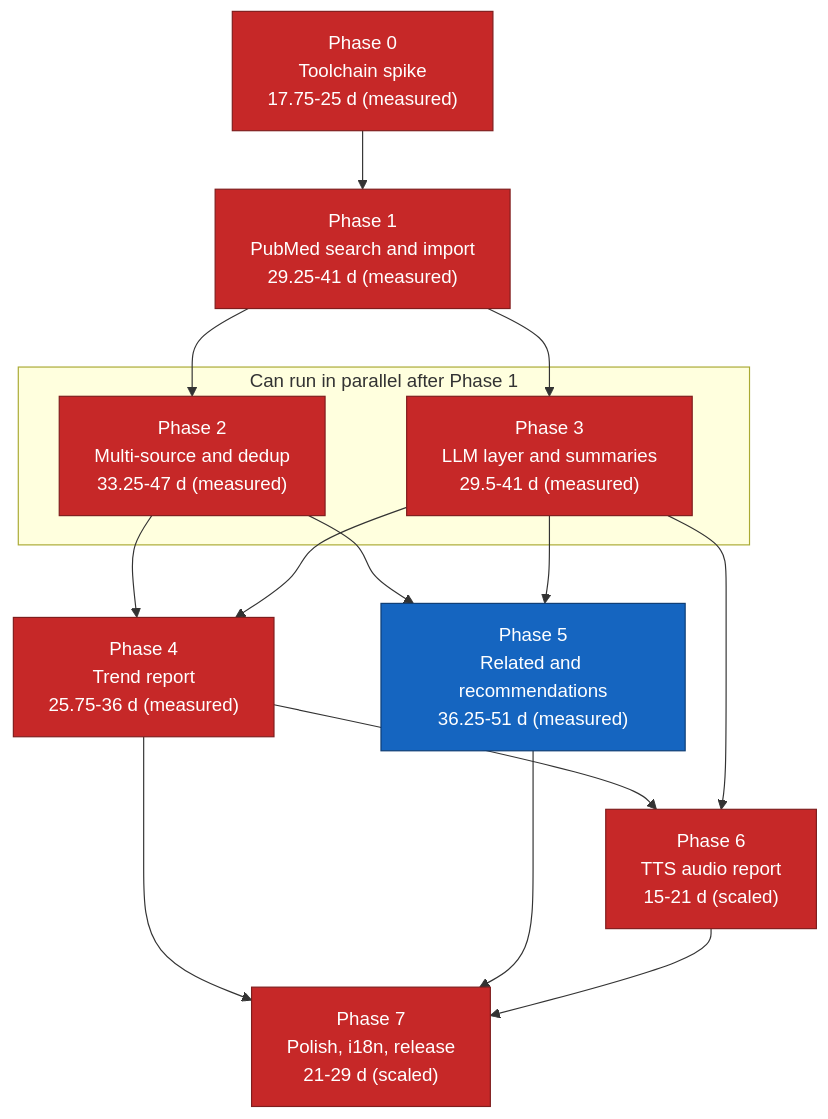
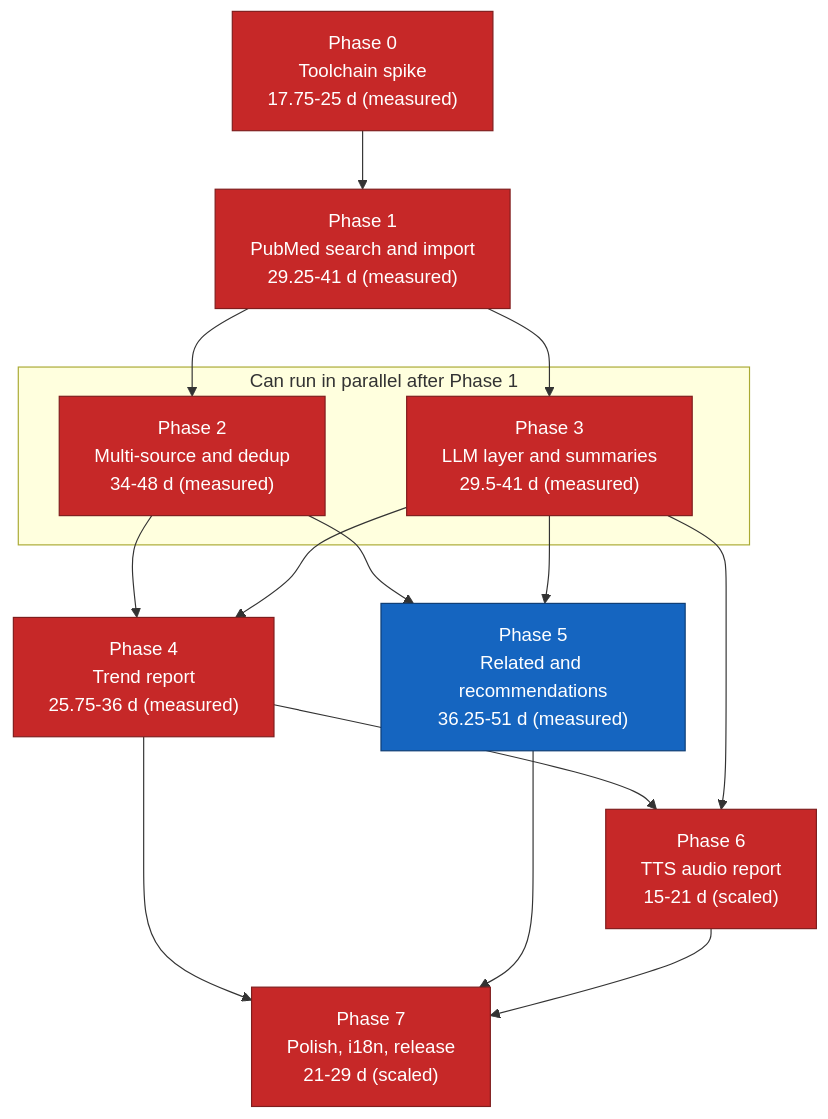
Before and after one commit to suppakoko/research_helper: the diagram in docs/11-implementation-roadmap.md, drawn with Mermaid. The commit also changed other lines of this file and 13 other files, not shown here.

````diff
--- a/docs/11-implementation-roadmap.md
+++ b/docs/11-implementation-roadmap.md
@@ -326,34 +326,34 @@
 ```mermaid
 graph TD
     P0["Phase 0<br/>Toolchain spike<br/>17.75-25 d (measured)"]
     P1["Phase 1<br/>PubMed search and import<br/>29.25-41 d (measured)"]
-    P2["Phase 2<br/>Multi-source and dedup<br/>33.25-47 d (measured)"]
+    P2["Phase 2<br/>Multi-source and dedup<br/>34-48 d (measured)"]
     P3["Phase 3<br/>LLM layer and summaries<br/>29.5-41 d (measured)"]
     P4["Phase 4<br/>Trend report<br/>25.75-36 d (measured)"]
     P5["Phase 5<br/>Related and recommendations<br/>36.25-51 d (measured)"]
     P6["Phase 6<br/>TTS audio report<br/>15-21 d (scaled)"]
     P7["Phase 7<br/>Polish, i18n, release<br/>21-29 d (scaled)"]
 
     P0 --> P1
     P1 --> P2
     P1 --> P3
     P2 --> P4
     P3 --> P4
     P2 --> P5
     P3 --> P5
     P4 --> P6
     P3 --> P6
     P4 --> P7
     P5 --> P7
     P6 --> P7
 
     subgraph parallel["Can run in parallel after Phase 1"]
         P2
         P3
     end
 
     classDef critical fill:#c62828,stroke:#7f1d1d,color:#ffffff
     classDef normal fill:#1565c0,stroke:#0d3c73,color:#ffffff
     class P0,P1,P2,P3,P4,P6,P7 critical
     class P5 normal
 ```
````
